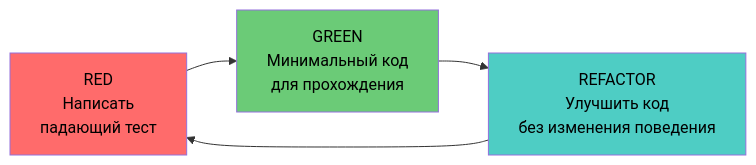
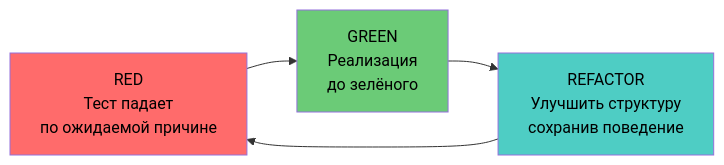
One commit to akeverus/cheat-sheet changed the fifth of 13 diagrams in cheatsheets/interview/testing/test-strategies-interview.md. Above: the diagram before and after it, drawn with Mermaid. The commit also changed other lines of this file and 64 other files, not shown here.

````diff
--- a/cheatsheets/interview/testing/test-strategies-interview.md
+++ b/cheatsheets/interview/testing/test-strategies-interview.md
@@ -284,9 +284,9 @@
 ```mermaid
 graph LR
-    RED["RED<br/>Написать<br/>падающий тест"] --> GREEN["GREEN<br/>Минимальный код<br/>для прохождения"]
-    GREEN --> REFACTOR["REFACTOR<br/>Улучшить код<br/>без изменения поведения"]
+    RED["RED<br/>Тест падает<br/>по ожидаемой причине"] --> GREEN["GREEN<br/>Реализация<br/>до зелёного"]
+    GREEN --> REFACTOR["REFACTOR<br/>Улучшить структуру<br/>сохранив поведение"]
     REFACTOR --> RED
     style RED fill:#ff6b6b,color:#000
     style GREEN fill:#6bcb77,color:#000
     style REFACTOR fill:#4ecdc4,color:#000
 ```
````
